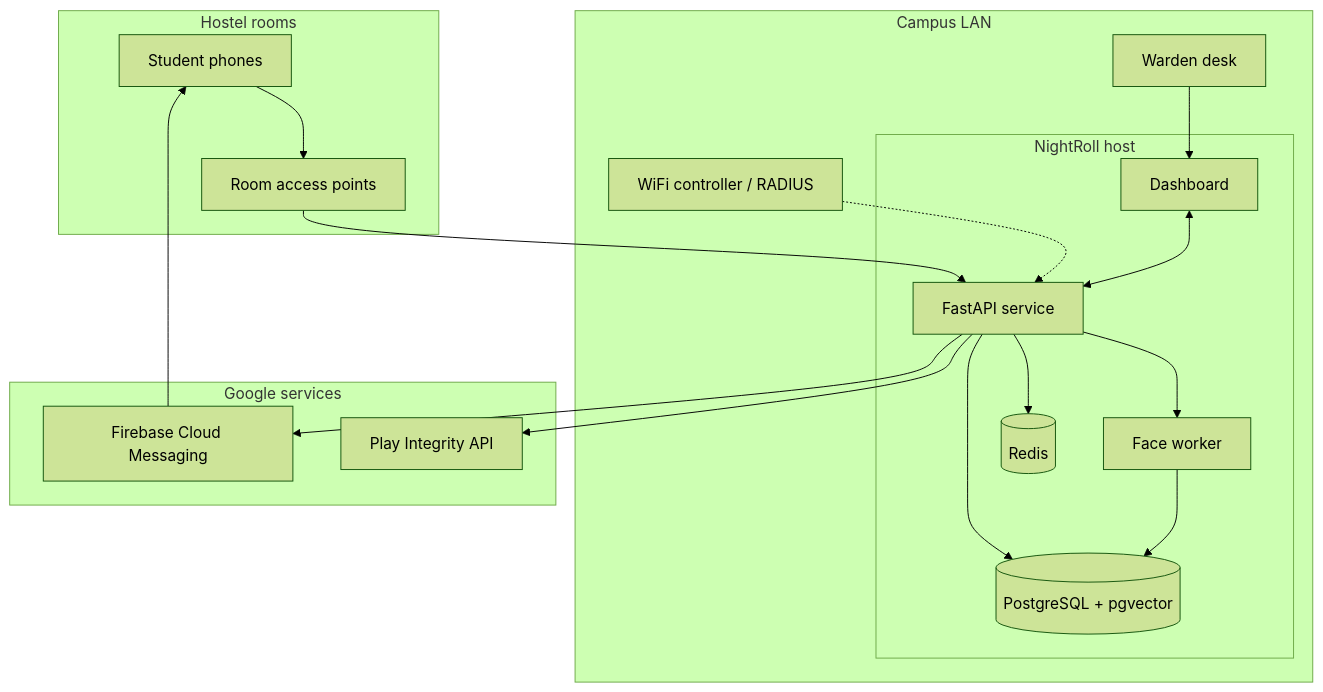
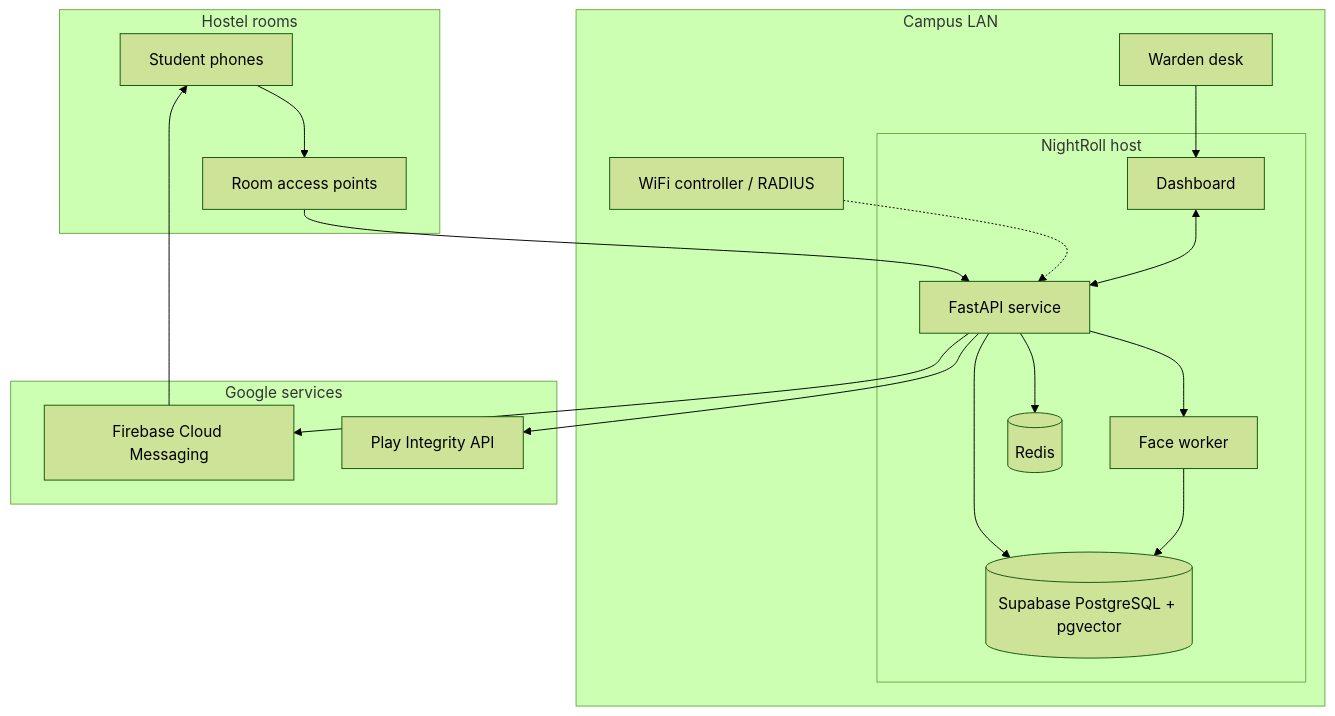
Diagram 13 of 14 in README.md (Rahul-8283/NightRoll), drawn with Mermaid (forest theme) before and after one commit. The commit also changed other lines of this file and 1 other file, not shown here.

Commit message:
docs: move database, auth and storage to Supabase

````diff
--- a/README.md
+++ b/README.md
@@ -529,37 +534,37 @@
 ```mermaid
 flowchart TB
     subgraph Rooms["Hostel rooms"]
         PH["Student phones"]
         AP["Room access points"]
         PH --> AP
     end
 
     subgraph LAN["Campus LAN"]
         CTRL["WiFi controller / RADIUS"]
         subgraph Host["NightRoll host"]
             API["FastAPI service"]
             WK["Face worker"]
             RDS[("Redis")]
-            PGS[("PostgreSQL + pgvector")]
+            PGS[("Supabase PostgreSQL + pgvector")]
             WEB["Dashboard"]
             API --> RDS
             API --> PGS
             API --> WK
             WK --> PGS
         end
         WD["Warden desk"]
     end
 
     subgraph Cloud["Google services"]
         FCMS["Firebase Cloud Messaging"]
         PIS["Play Integrity API"]
     end
 
     AP --> API
     CTRL -.-> API
     WD --> WEB
     WEB <--> API
     API --> FCMS
     FCMS --> PH
     API --> PIS
 ```
````
